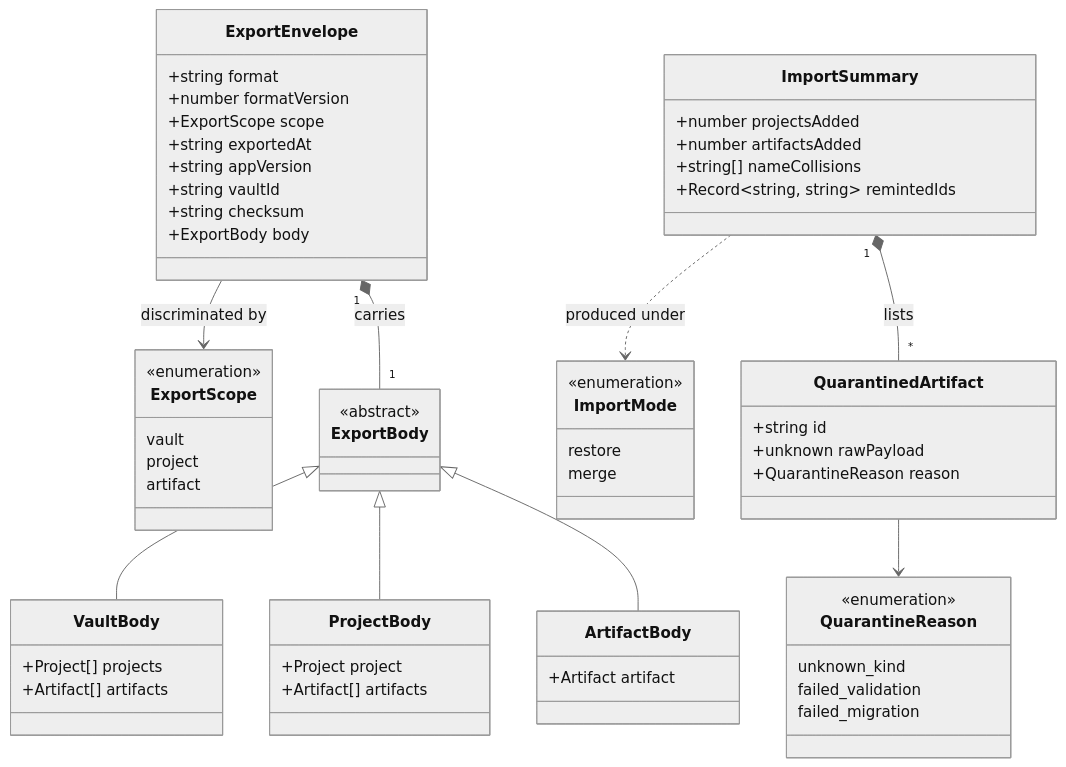
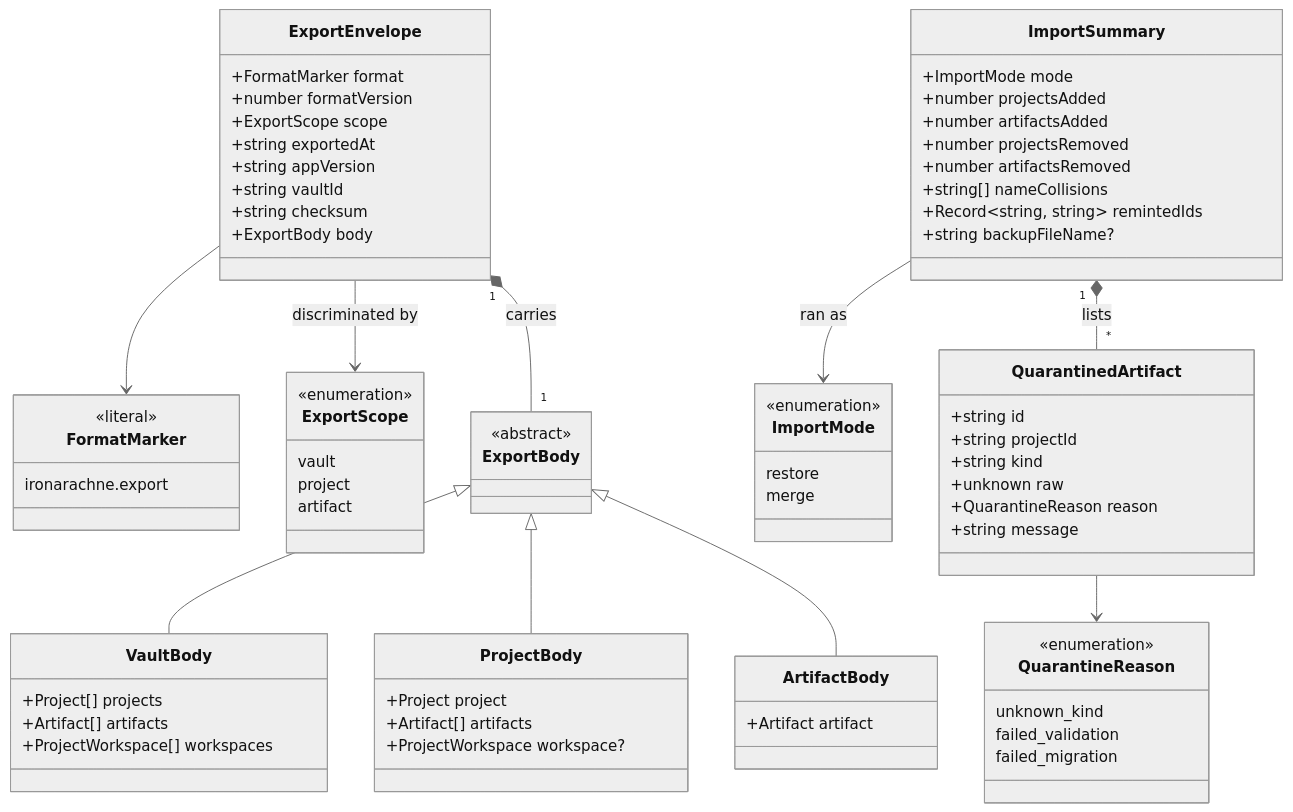
One commit to ironarachne/ironarachne changed the fourth of 4 diagrams in docs/workshop.md. Above: the diagram before and after it, drawn with Mermaid (neutral theme). The commit also changed other lines of this file, not shown here.

````diff
--- a/docs/workshop.md
+++ b/docs/workshop.md
@@ -586,64 +638,78 @@
 ```mermaid
 classDiagram
     class ExportEnvelope {
-        +string format
+        +FormatMarker format
         +number formatVersion
         +ExportScope scope
         +string exportedAt
         +string appVersion
         +string vaultId
         +string checksum
         +ExportBody body
+    }
+    class FormatMarker {
+        <<literal>>
+        ironarachne.export
     }
     class ExportScope {
         <<enumeration>>
         vault
         project
         artifact
     }
     class ExportBody {
         <<abstract>>
     }
     class VaultBody {
         +Project[] projects
         +Artifact[] artifacts
+        +ProjectWorkspace[] workspaces
     }
     class ProjectBody {
         +Project project
         +Artifact[] artifacts
+        +ProjectWorkspace workspace?
     }
     class ArtifactBody {
         +Artifact artifact
     }
     class ImportMode {
         <<enumeration>>
         restore
         merge
     }
     class ImportSummary {
+        +ImportMode mode
         +number projectsAdded
         +number artifactsAdded
+        +number projectsRemoved
+        +number artifactsRemoved
         +string[] nameCollisions
         +Record~string, string~ remintedIds
+        +string backupFileName?
     }
     class QuarantinedArtifact {
         +string id
-        +unknown rawPayload
+        +string projectId
+        +string kind
+        +unknown raw
         +QuarantineReason reason
+        +string message
     }
     class QuarantineReason {
         <<enumeration>>
         unknown_kind
         failed_validation
         failed_migration
     }
 
+    ExportEnvelope --> FormatMarker
     ExportEnvelope --> ExportScope : discriminated by
     ExportEnvelope "1" *-- "1" ExportBody : carries
     ExportBody <|-- VaultBody
     ExportBody <|-- ProjectBody
     ExportBody <|-- ArtifactBody
+    ImportSummary --> ImportMode : ran as
     ImportSummary "1" *-- "*" QuarantinedArtifact : lists
     QuarantinedArtifact --> QuarantineReason
-    ImportSummary ..> ImportMode : produced under
 ```
````
